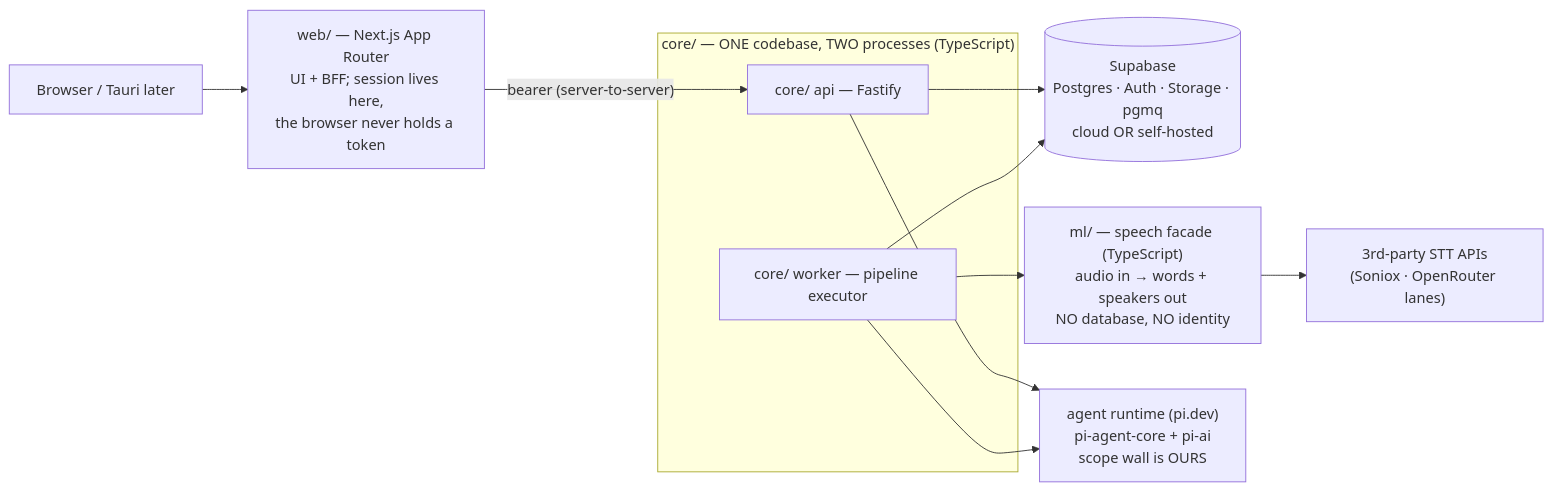
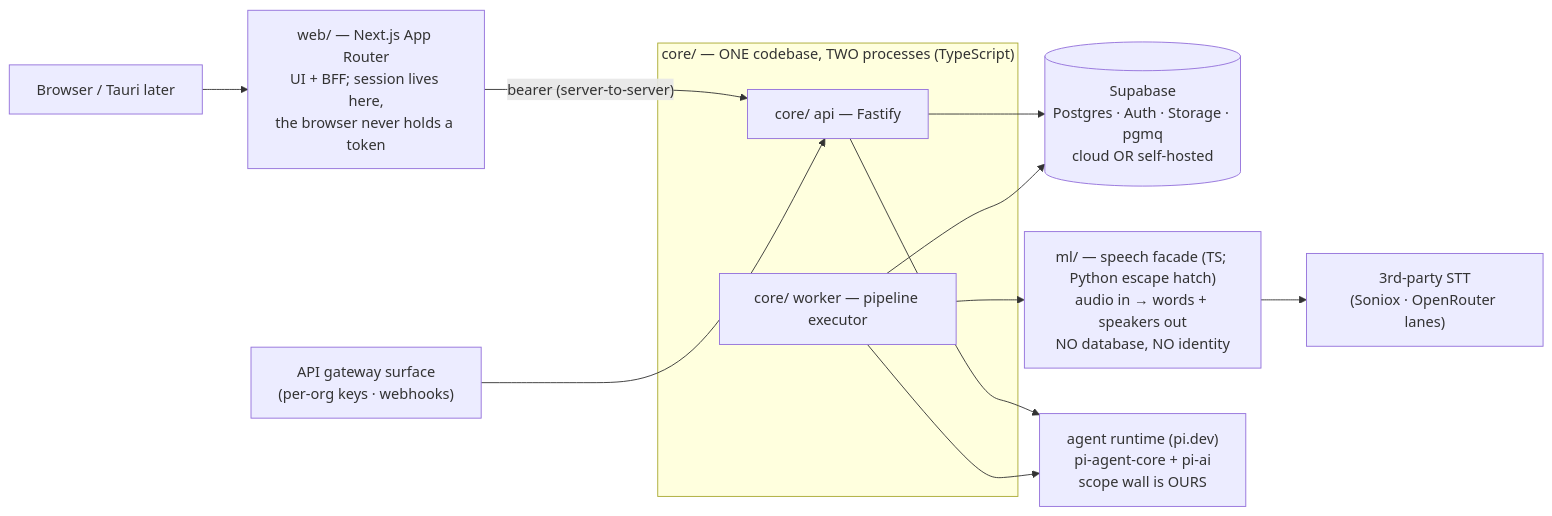
Before and after one commit to Dr-Bagheri/MVP: the diagram in ARCHITECTURE.md, drawn with Mermaid. The commit also changed other lines of this file and 2 other files, not shown here.

````diff
--- a/ARCHITECTURE.md
+++ b/ARCHITECTURE.md
@@ -14,15 +16,16 @@
 ```mermaid
 flowchart LR
     B["Browser / Tauri later"] --> WEB["web/ — Next.js App Router\nUI + BFF; session lives here,\nthe browser never holds a token"]
     WEB -- "bearer (server-to-server)" --> API["core/ api — Fastify"]
     subgraph CORE["core/ — ONE codebase, TWO processes (TypeScript)"]
         API
         WK["core/ worker — pipeline executor"]
     end
+    GW["API gateway surface\n(per-org keys · webhooks)"] --> API
     API --> SB[("Supabase\nPostgres · Auth · Storage · pgmq\ncloud OR self-hosted")]
     WK --> SB
-    WK --> ML["ml/ — speech facade (TypeScript)\naudio in → words + speakers out\nNO database, NO identity"]
-    ML --> STT["3rd-party STT APIs\n(Soniox · OpenRouter lanes)"]
+    WK --> ML["ml/ — speech facade (TS; Python escape hatch)\naudio in → words + speakers out\nNO database, NO identity"]
+    ML --> STT["3rd-party STT\n(Soniox · OpenRouter lanes)"]
     API --> AG["agent runtime (pi.dev)\npi-agent-core + pi-ai\nscope wall is OURS"]
     WK --> AG
 ```
````
